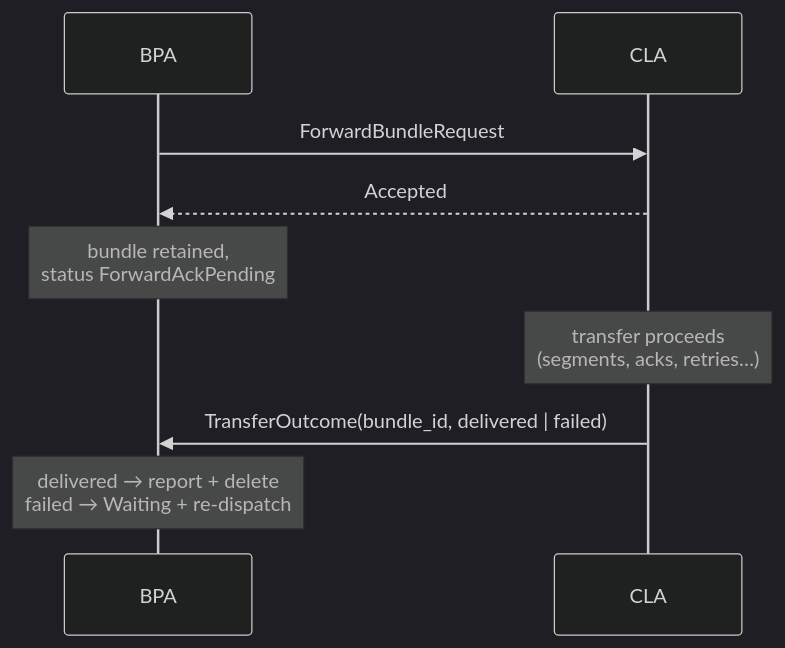
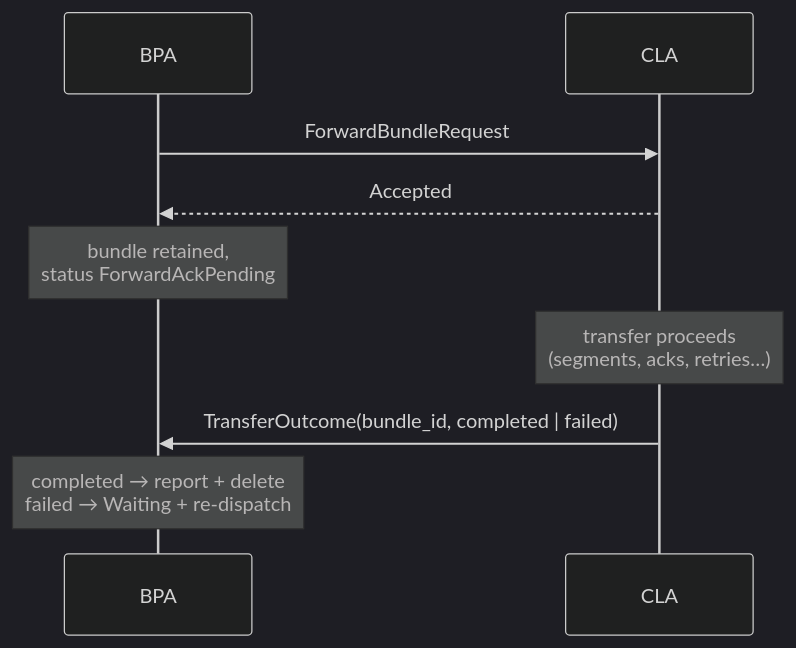
The diagram in bpa/docs/cla_transfer_outcome_design.md (ricktaylor/hardy), drawn with Mermaid (dark theme) before and after one commit. The commit also changed other lines of this file and 7 other files, not shown here.

````diff
--- a/bpa/docs/cla_transfer_outcome_design.md
+++ b/bpa/docs/cla_transfer_outcome_design.md
@@ -20,11 +20,11 @@
 ```mermaid
 sequenceDiagram
     participant BPA
     participant CLA
     BPA->>CLA: ForwardBundleRequest
     CLA-->>BPA: Accepted
     Note over BPA: bundle retained,<br/>status ForwardAckPending
     Note over CLA: transfer proceeds<br/>(segments, acks, retries…)
-    CLA->>BPA: TransferOutcome(bundle_id, delivered | failed)
-    Note over BPA: delivered → report + delete<br/>failed → Waiting + re-dispatch
+    CLA->>BPA: TransferOutcome(bundle_id, completed | failed)
+    Note over BPA: completed → report + delete<br/>failed → Waiting + re-dispatch
 ```
````
